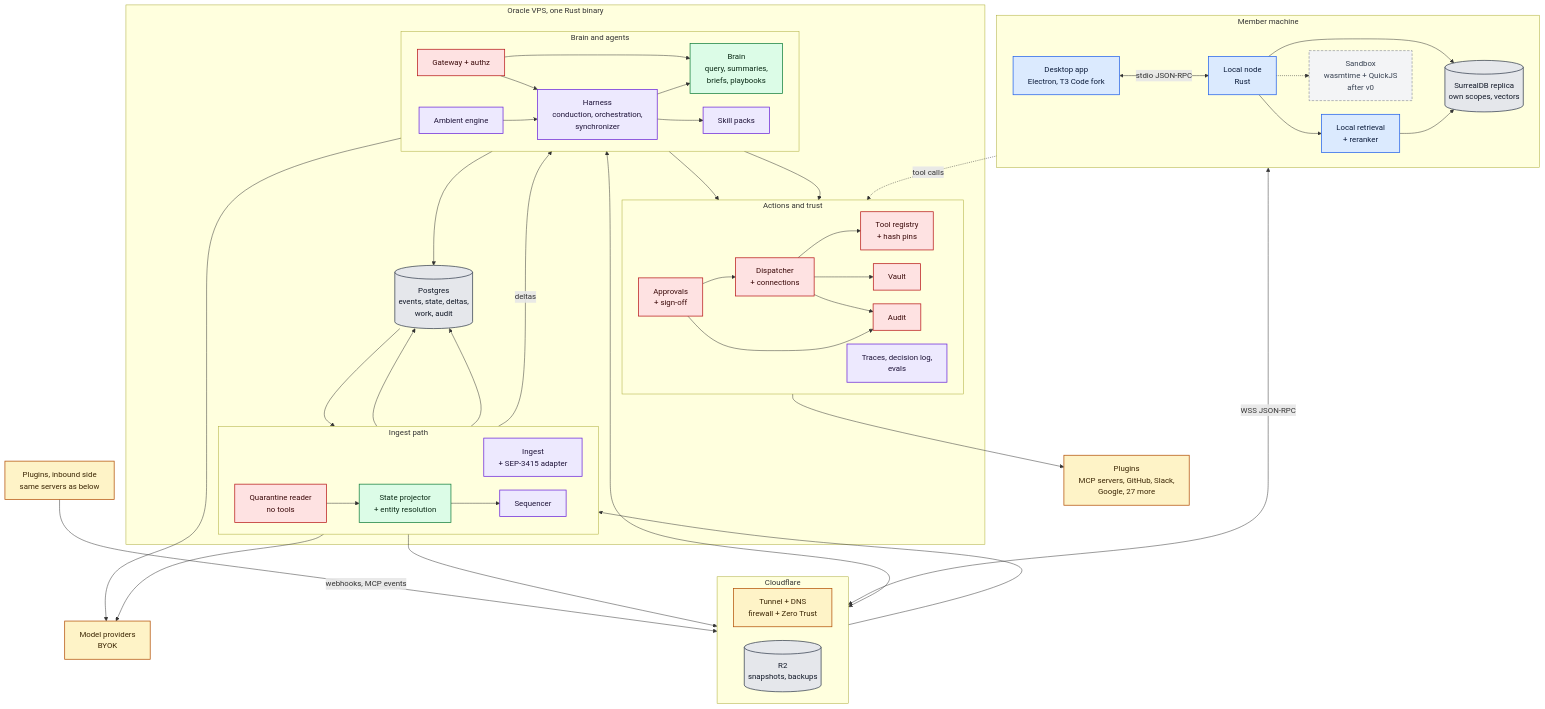
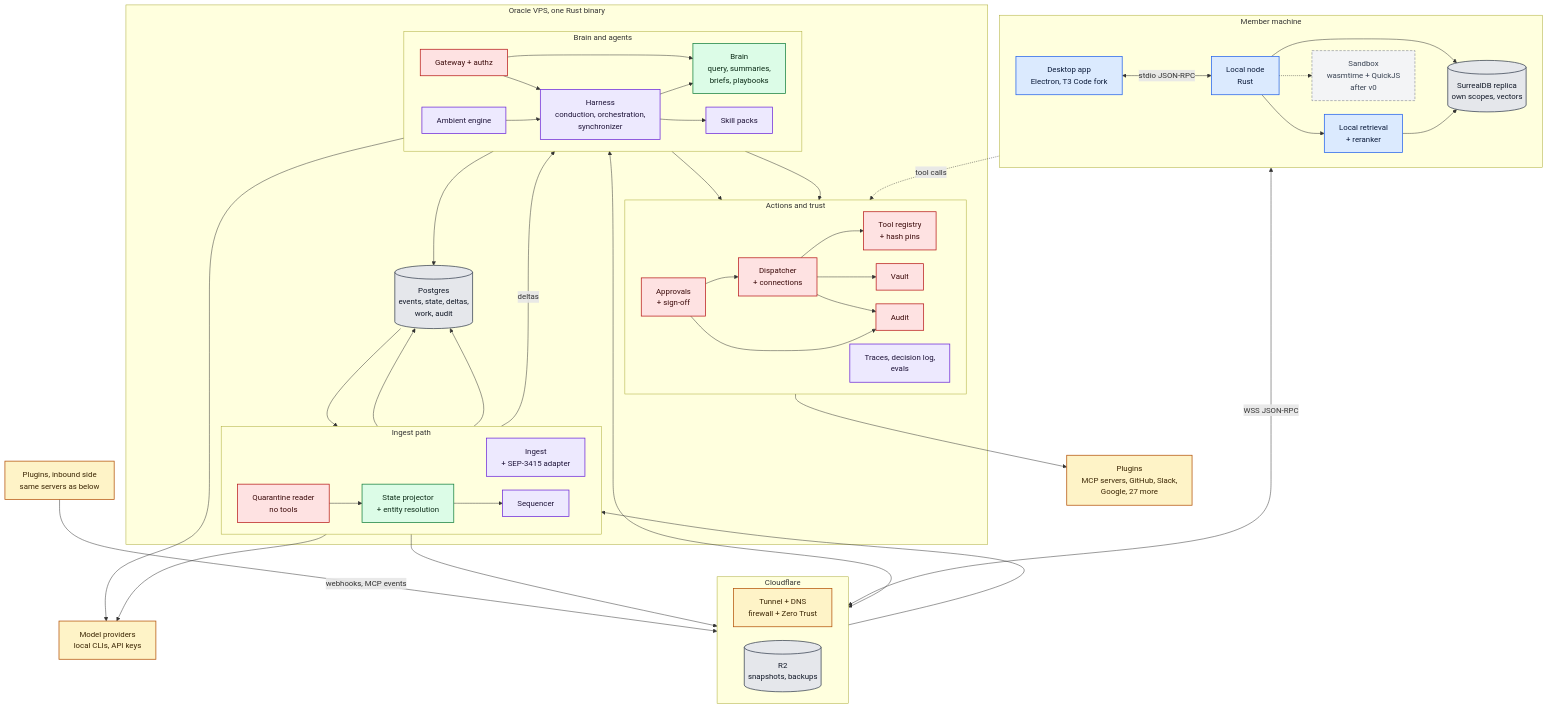
One commit to SiddharthManjul/library changed the third of 30 diagrams in README.md. Above: the diagram before and after it, drawn with Mermaid. The commit also changed other lines of this file, not shown here.

```diff
--- a/README.md
+++ b/README.md
@@ -277,7 +315,7 @@
   end
   EXTIN["Plugins, inbound side<br/>same servers as below"]:::ext
   EXT["Plugins<br/>MCP servers, GitHub, Slack,<br/>Google, 27 more"]:::ext
-  LLM["Model providers<br/>BYOK"]:::ext
+  LLM["Model providers<br/>local CLIs, API keys"]:::ext
   NODE <-->|WSS JSON-RPC| TUN
   TUN <--> GW
   EXTIN -->|webhooks, MCP events| TUN
```
